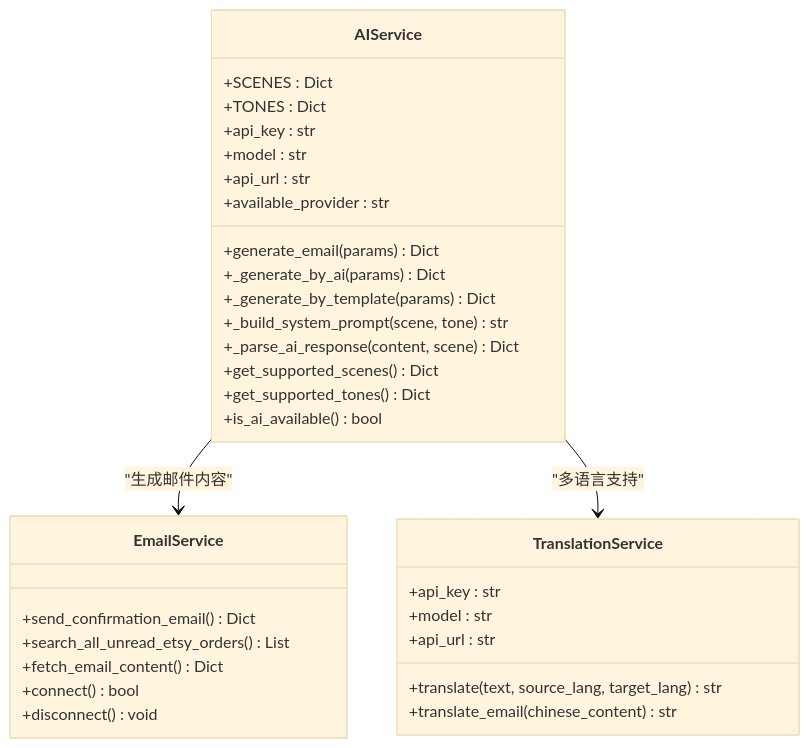
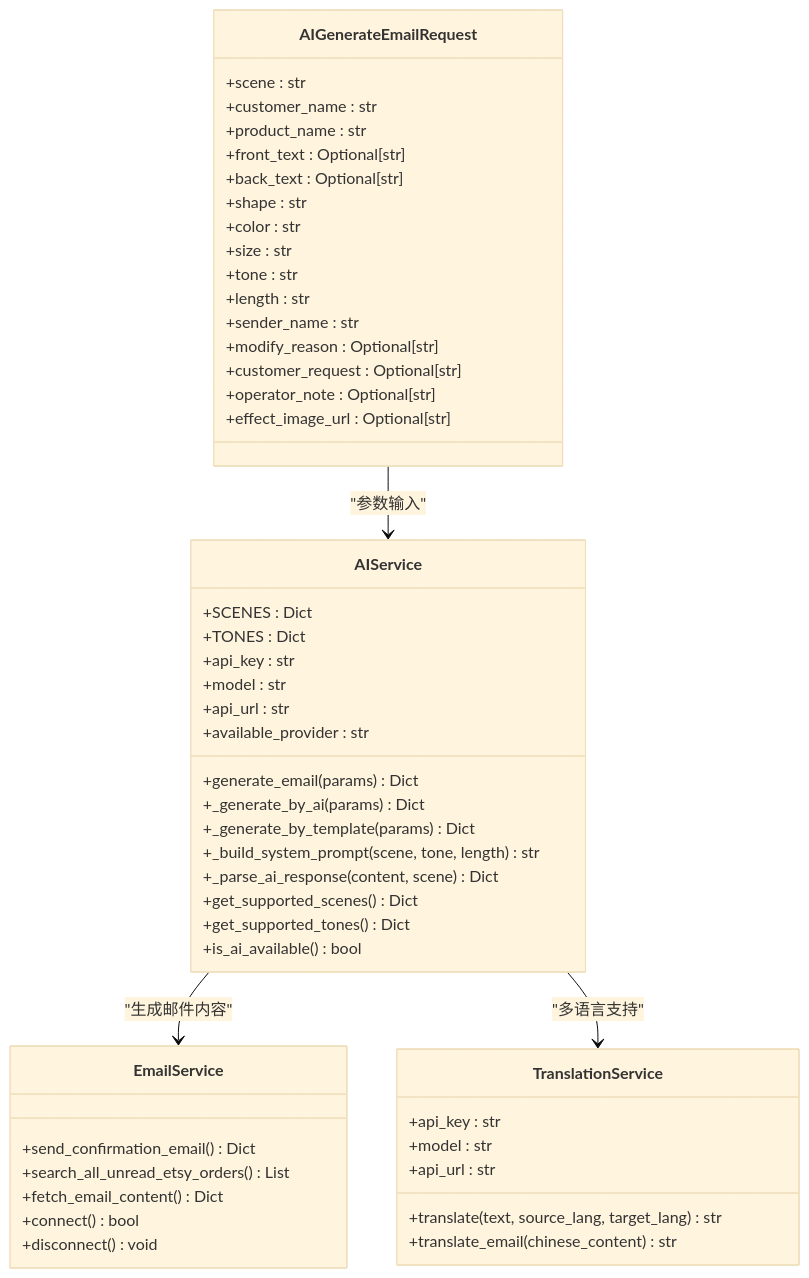
Before and after one commit to SY6621/POD-Order-Management: the third of 7 diagrams in .qoder/repowiki/zh/content/开发指南/AI邮件生成系统.md, drawn with Mermaid (base theme). The commit also changed other lines of this file and 18 other files, not shown here.

````diff
--- a/.qoder/repowiki/zh/content/开发指南/AI邮件生成系统.md
+++ b/.qoder/repowiki/zh/content/开发指南/AI邮件生成系统.md
@@ -165,35 +175,53 @@
 ```mermaid
 classDiagram
+class AIGenerateEmailRequest {
++scene : str
++customer_name : str
++product_name : str
++front_text : Optional[str]
++back_text : Optional[str]
++shape : str
++color : str
++size : str
++tone : str
++length : str
++sender_name : str
++modify_reason : Optional[str]
++customer_request : Optional[str]
++operator_note : Optional[str]
++effect_image_url : Optional[str]
+}
 class AIService {
 +SCENES : Dict
 +TONES : Dict
 +api_key : str
 +model : str
 +api_url : str
 +available_provider : str
 +generate_email(params) Dict
 +_generate_by_ai(params) Dict
 +_generate_by_template(params) Dict
-+_build_system_prompt(scene, tone) str
++_build_system_prompt(scene, tone, length) str
 +_parse_ai_response(content, scene) Dict
 +get_supported_scenes() Dict
 +get_supported_tones() Dict
 +is_ai_available() bool
 }
 class EmailService {
 +send_confirmation_email() Dict
 +search_all_unread_etsy_orders() List
 +fetch_email_content() Dict
 +connect() bool
 +disconnect() void
 }
 class TranslationService {
 +translate(text, source_lang, target_lang) str
 +translate_email(chinese_content) str
 +api_key : str
 +model : str
 +api_url : str
 }
+AIGenerateEmailRequest --> AIService : "参数输入"
 AIService --> EmailService : "生成邮件内容"
 AIService --> TranslationService : "多语言支持"
 ```
````
